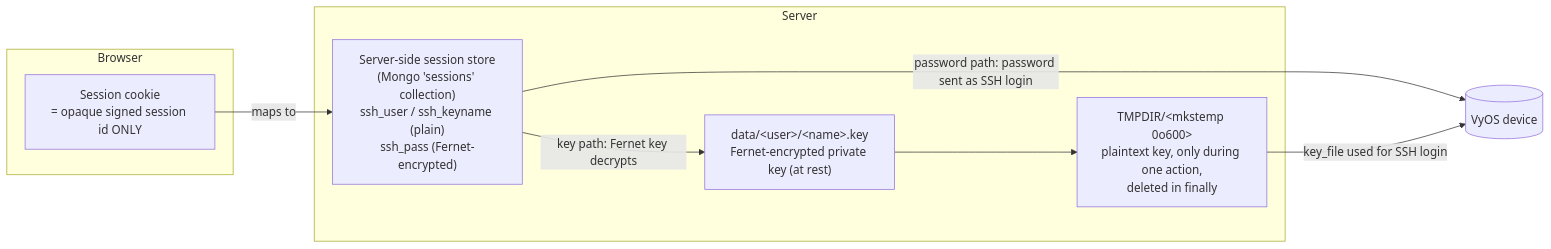
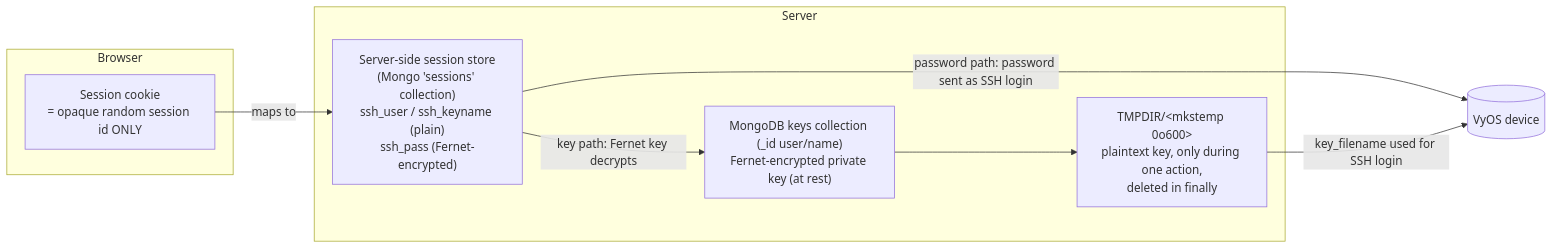
One commit to ibehren1/fw-gui changed the fifth of 5 diagrams in docs/ssh-credential-handling.md. Above: the diagram before and after it, drawn with Mermaid. The commit also changed other lines of this file and 3 other files, not shown here.

````diff
--- a/docs/ssh-credential-handling.md
+++ b/docs/ssh-credential-handling.md
@@ -300,18 +324,18 @@
 ```mermaid
 flowchart LR
     subgraph Browser
-      Cookie["Session cookie<br/>= opaque signed session id ONLY"]
+      Cookie["Session cookie<br/>= opaque random session id ONLY"]
     end
     subgraph Server
       Sess["Server-side session store<br/>(Mongo 'sessions' collection)<br/>ssh_user / ssh_keyname (plain)<br/>ssh_pass (Fernet-encrypted)"]
-      KeyFile["data/&lt;user&gt;/&lt;name&gt;.key<br/>Fernet-encrypted private key (at rest)"]
+      KeyFile["MongoDB keys collection (_id user/name)<br/>Fernet-encrypted private key (at rest)"]
       Tmp["TMPDIR/&lt;mkstemp 0o600&gt;<br/>plaintext key, only during one action,<br/>deleted in finally"]
     end
     Device[("VyOS device")]
 
     Cookie -->|maps to| Sess
     Sess -->|password path: password sent as SSH login| Device
     Sess -->|key path: Fernet key decrypts| KeyFile
     KeyFile --> Tmp
-    Tmp -->|key_file used for SSH login| Device
+    Tmp -->|key_filename used for SSH login| Device
 ```
````
